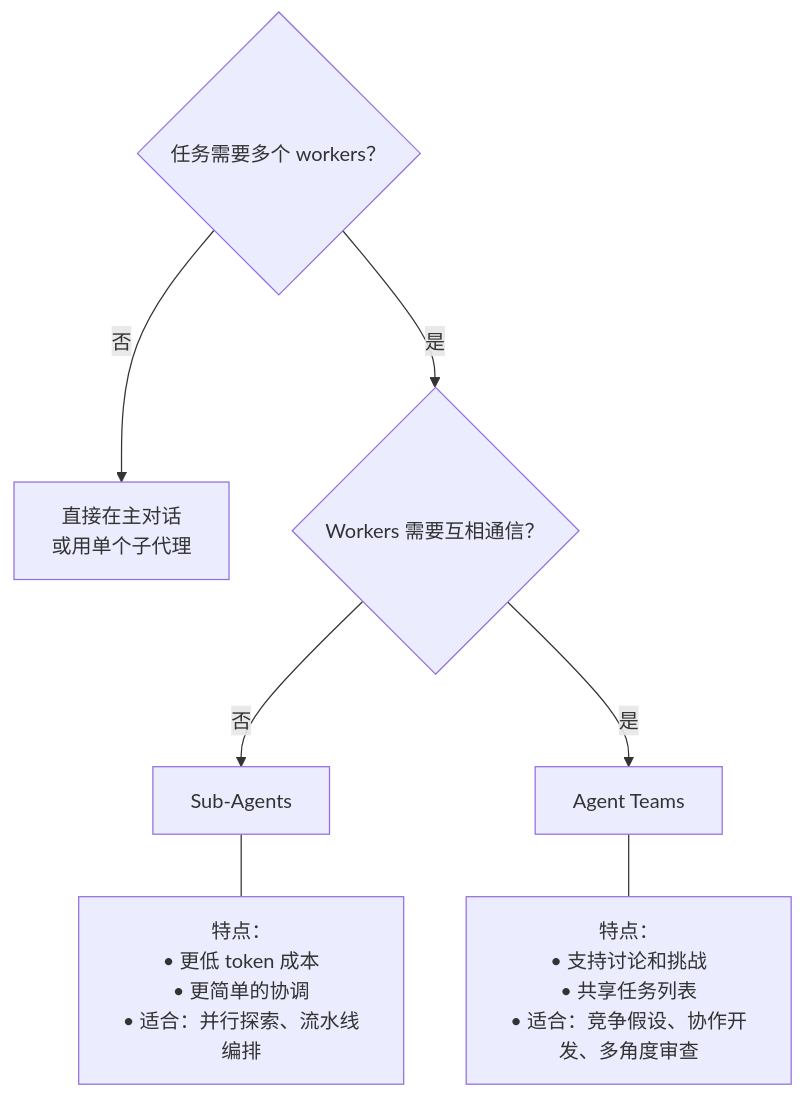
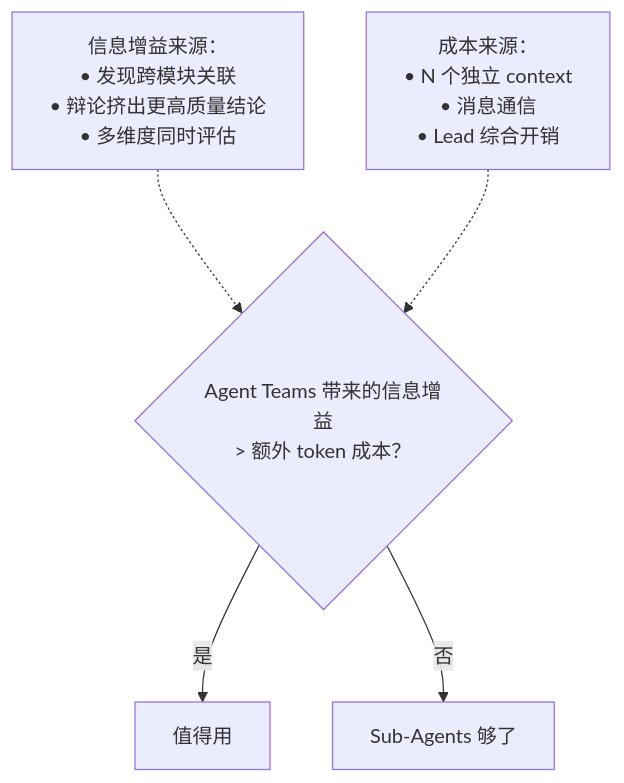
One commit to reallyhwc/ans-ai-auto-notes changed the sixth of 6 diagrams in kb/技术/AI/Claude-Code/Agent Teams 多会话协作架构.md. Above: the diagram before and after it, drawn with Mermaid. The commit also changed other lines of this file and 3 other files, not shown here.

First line of the commit message:
docs(kb): Agent Teams 笔记版权安全重写 + 反向链接

````diff
--- a/kb/技术/AI/Claude-Code/Agent Teams 多会话协作架构.md
+++ b/kb/技术/AI/Claude-Code/Agent Teams 多会话协作架构.md
@@ -351,12 +197,8 @@
 ```mermaid
 flowchart TD
-    Q1{"任务需要多个 workers？"} -->|否| Single["直接在主对话<br/>或用单个子代理"]
-    Q1 -->|是| Q2{"Workers 需要互相通信？"}
+    Q{"Agent Teams 带来的信息增益<br/>> 额外 token 成本？"} -->|是| Use["值得用"]
+    Q -->|否| Skip["Sub-Agents 够了"]
 
-    Q2 -->|否| SA["Sub-Agents"]
-    Q2 -->|是| AT["Agent Teams"]
-
-    SA --- SA_P["特点：<br/>• 更低 token 成本<br/>• 更简单的协调<br/>• 适合：并行探索、流水线编排"]
-
-    AT --- AT_P["特点：<br/>• 支持讨论和挑战<br/>• 共享任务列表<br/>• 适合：竞争假设、协作开发、多角度审查"]
+    Q1["信息增益来源：<br/>• 发现跨模块关联<br/>• 辩论挤出更高质量结论<br/>• 多维度同时评估"] -.-> Q
+    Q2["成本来源：<br/>• N 个独立 context<br/>• 消息通信<br/>• Lead 综合开销"] -.-> Q
 ```
````
